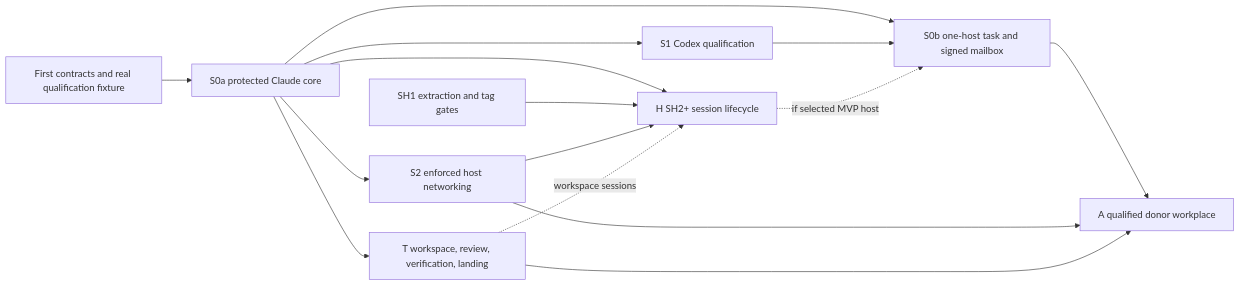
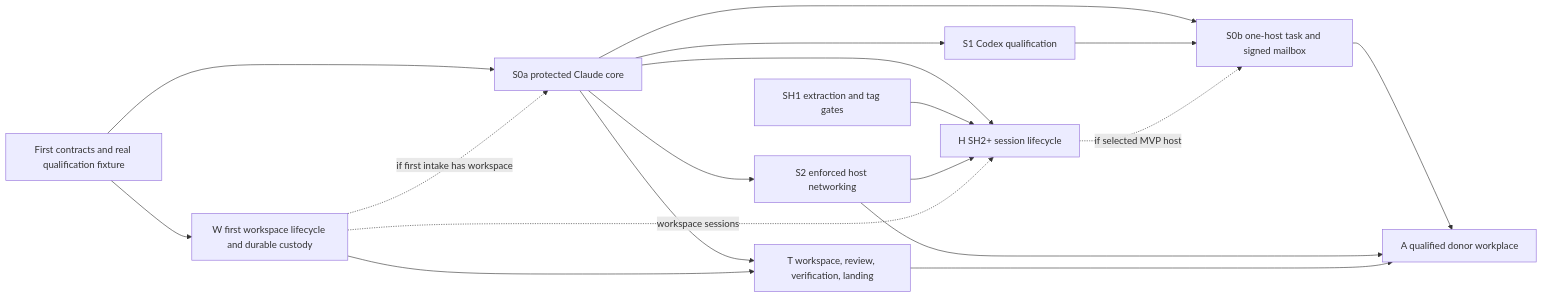
The diagram in impl/sections/critical-path-slices.md (relux-works/swarma-architecture-review), drawn with Mermaid before and after one commit. The commit also changed other lines of this file, not shown here.

Commit message:
Separate first workspace custody from board delivery and gate live qualification

````diff
--- a/impl/sections/critical-path-slices.md
+++ b/impl/sections/critical-path-slices.md
@@ -48,17 +52,20 @@
 ```mermaid
 flowchart LR
     P[First contracts and real qualification fixture] --> C[S0a protected Claude core]
     C --> M[S0b one-host task and signed mailbox]
     C --> X[S1 Codex qualification]
     X --> M
     C --> N[S2 enforced host networking]
+    P --> W[W first workspace lifecycle and durable custody]
+    W -. if first intake has workspace .-> C
     C --> T[T workspace, review, verification, landing]
+    W --> T
     M --> A[A qualified donor workplace]
     N --> A
     T --> A
     C --> H[H SH2+ session lifecycle]
     E[SH1 extraction and tag gates] --> H
     N --> H
     H -. if selected MVP host .-> M
-    T -. workspace sessions .-> H
+    W -. workspace sessions .-> H
 ```
````
